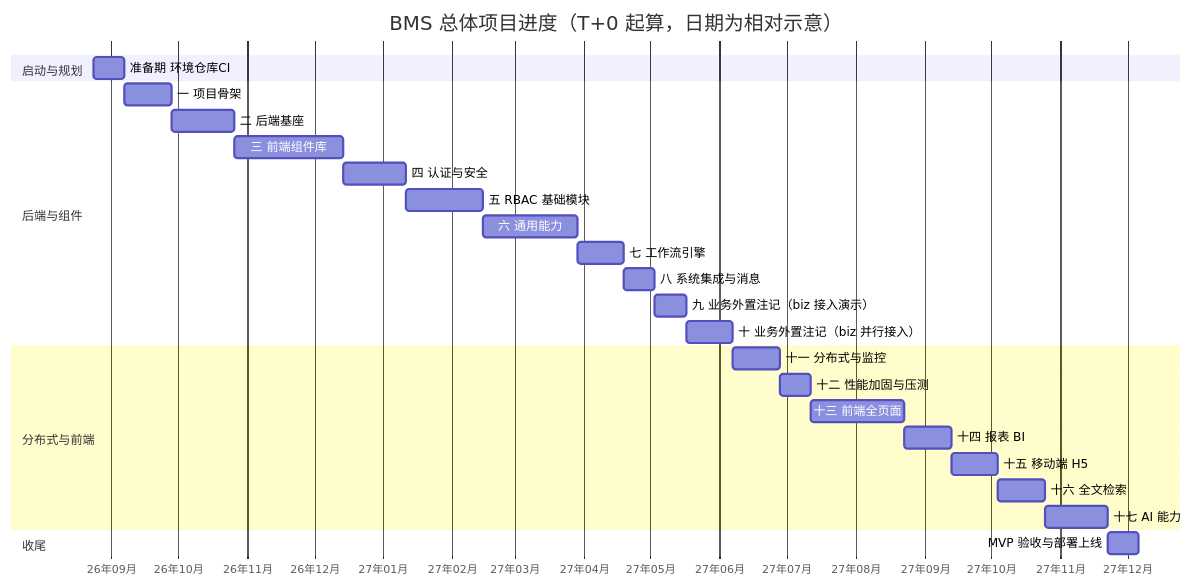
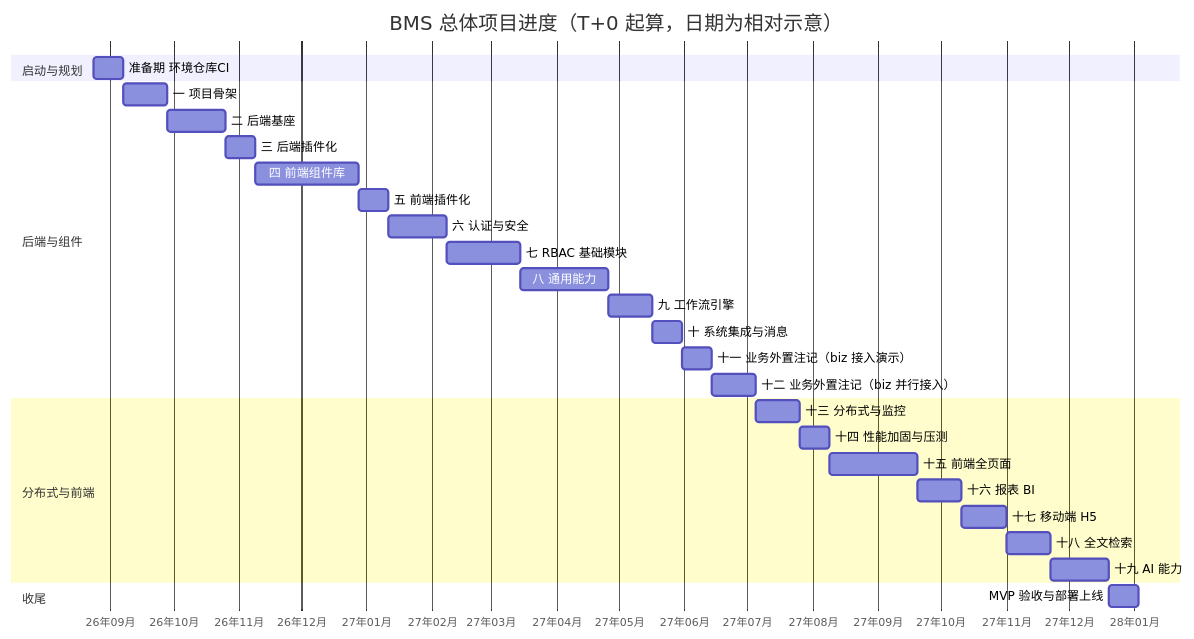
The second of 2 diagrams in bms文档/规划/总体项目规划.md (minjian123/basic-management-system), drawn with Mermaid before and after one commit. The commit also changed other lines of this file and 127 other files, not shown here.

````diff
--- a/bms文档/规划/总体项目规划.md
+++ b/bms文档/规划/总体项目规划.md
@@ -188,30 +194,32 @@
 ```mermaid
 gantt
     title BMS 总体项目进度（T+0 起算，日期为相对示意）
     dateFormat  YYYY-MM-DD
     axisFormat  %y年%m月
     tickInterval 1month
     section 启动与规划
     准备期 环境仓库CI        :a0, 2026-08-24, 2w
     section 后端与组件
     一 项目骨架              :a1, after a0, 3w
     二 后端基座              :a2, after a1, 4w
-    三 前端组件库            :a3, after a2, 7w
-    四 认证与安全            :a4, after a3, 4w
-    五 RBAC 基础模块         :a5, after a4, 5w
-    六 通用能力              :a6, after a5, 6w
-    七 工作流引擎            :a7, after a6, 3w
-    八 系统集成与消息        :a8, after a7, 2w
-    九 业务外置注记（biz 接入演示）  :a9, after a8, 2w
-    十 业务外置注记（biz 并行接入）  :a10, after a9, 3w
+    三 后端插件化            :a2b, after a2, 2w
+    四 前端组件库            :a3, after a2b, 7w
+    五 前端插件化            :a3b, after a3, 2w
+    六 认证与安全            :a4, after a3b, 4w
+    七 RBAC 基础模块         :a5, after a4, 5w
+    八 通用能力              :a6, after a5, 6w
+    九 工作流引擎            :a7, after a6, 3w
+    十 系统集成与消息        :a8, after a7, 2w
+    十一 业务外置注记（biz 接入演示）  :a9, after a8, 2w
+    十二 业务外置注记（biz 并行接入）  :a10, after a9, 3w
     section 分布式与前端
-    十一 分布式与监控        :a11, after a10, 3w
-    十二 性能加固与压测      :a12, after a11, 2w
-    十三 前端全页面          :a13, after a12, 6w
-    十四 报表 BI             :a14, after a13, 3w
-    十五 移动端 H5           :a15, after a14, 3w
-    十六 全文检索            :a16, after a15, 3w
-    十七 AI 能力             :a17, after a16, 4w
+    十三 分布式与监控        :a11, after a10, 3w
+    十四 性能加固与压测      :a12, after a11, 2w
+    十五 前端全页面          :a13, after a12, 6w
+    十六 报表 BI             :a14, after a13, 3w
+    十七 移动端 H5           :a15, after a14, 3w
+    十八 全文检索            :a16, after a15, 3w
+    十九 AI 能力             :a17, after a16, 4w
     section 收尾
     MVP 验收与部署上线       :a18, after a17, 2w
 ```
````
